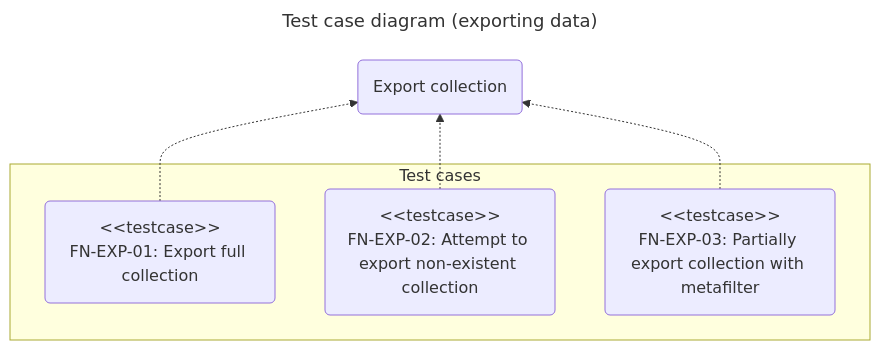
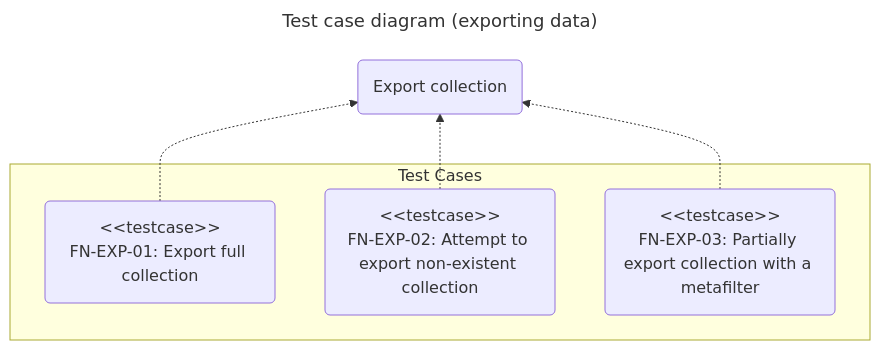
One commit to chromiodev/chromie-tool changed the second of 7 diagrams in docs/spec/tests/functional.en.md. Above: the diagram before and after it, drawn with Mermaid. The commit also changed other lines of this file and 14 other files, not shown here.

````diff
--- a/docs/spec/tests/functional.en.md
+++ b/docs/spec/tests/functional.en.md
@@ -135,20 +135,20 @@
 ```mermaid
 ---
 title: Test case diagram (exporting data)
 config:
 ---
 
 graph BT
   %% use cases
   exportColl@{ shape: "rounded", label: "Export collection" }
 
-  subgraph "Test cases"
+  subgraph "Test Cases"
     exportFullColl@{ shape: "rounded", label: "#lt;#lt;testcase>><br>FN-EXP-01: Export full collection" }
     exportNonExistingColl@{ shape: "rounded", label: "#lt;#lt;testcase>><br>FN-EXP-02: Attempt to export non-existent collection" }
-    exportCollPartiallyWithMetafilter@{ shape: "rounded", label: "#lt;#lt;testcase>><br>FN-EXP-03: Partially export collection with metafilter" }
+    exportCollPartiallyWithMetafilter@{ shape: "rounded", label: "#lt;#lt;testcase>><br>FN-EXP-03: Partially export collection with a metafilter" }
   end
 
   exportFullColl -.-> exportColl
   exportNonExistingColl -.-> exportColl
   exportCollPartiallyWithMetafilter -.-> exportColl
 ```
````
